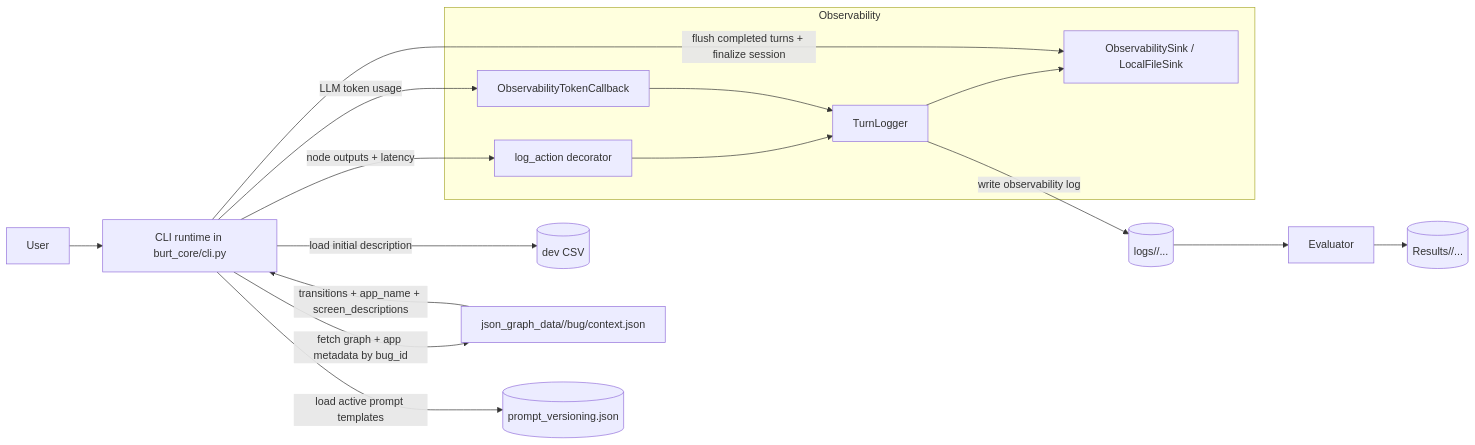
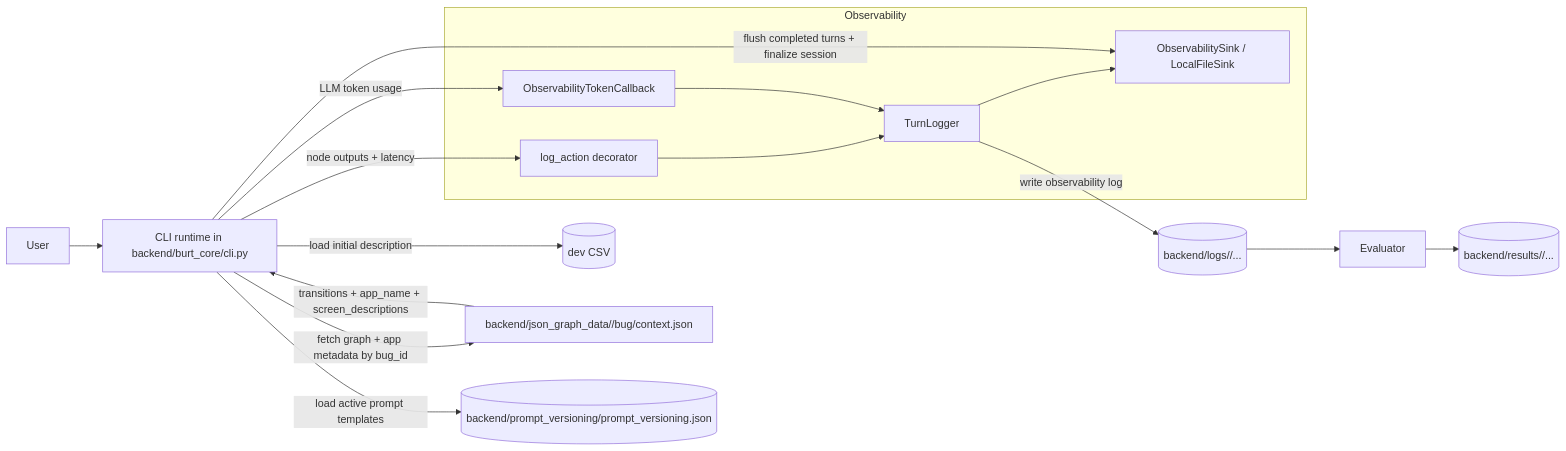
Before and after one commit to sea-lab-wm/agentic_burt: the first of 2 diagrams in ARCHITECTURE.md, drawn with Mermaid. The commit also changed other lines of this file and 110 other files, not shown here.

````diff
--- a/ARCHITECTURE.md
+++ b/ARCHITECTURE.md
@@ -7,26 +7,26 @@
 ```mermaid
 flowchart LR
-    U[User] --> A[CLI runtime in burt_core/cli.py]
+    U[User] --> A[CLI runtime in backend/burt_core/cli.py]
     A -->|load initial description| CSV[(dev CSV)]
-    A -->|fetch graph + app metadata by bug_id| GC[json_graph_data/<DATASET>/bug<id>/context.json]
+    A -->|fetch graph + app metadata by bug_id| GC[backend/json_graph_data/<DATASET>/bug<id>/context.json]
     GC -->|transitions + app_name + screen_descriptions| A
-    A -->|load active prompt templates| PV[(prompt_versioning.json)]
-    L2 -->|write observability log| LOGS[(logs/<PROMPT_VERSION>/...)]
+    A -->|load active prompt templates| PV[(backend/prompt_versioning/prompt_versioning.json)]
+    L2 -->|write observability log| LOGS[(backend/logs/<PROMPT_VERSION>/...)]
 
     subgraph OBS[Observability]
       L1[log_action decorator]
       L2[TurnLogger]
       L3[ObservabilityTokenCallback]
       L4[ObservabilitySink / LocalFileSink]
       L1 --> L2
       L3 --> L2
       L2 --> L4
     end
 
     A -->|node outputs + latency| L1
     A -->|LLM token usage| L3
     A -->|flush completed turns + finalize session| L4
 
     LOGS --> E[Evaluator]
-    E --> R[(Results/<agent_version>/...)]
+    E --> R[(backend/results/<agent_version>/...)]
 ```
````
